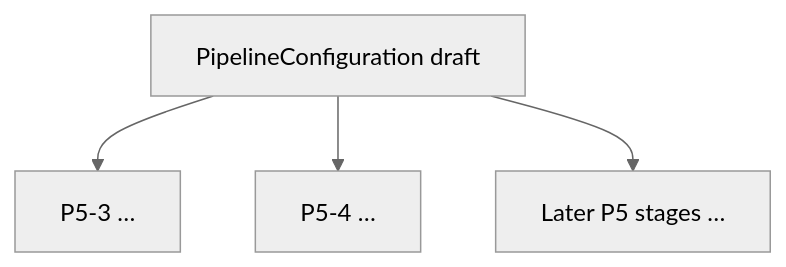
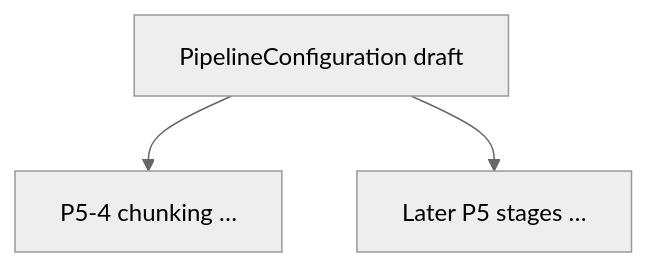
One commit to anulsasidharan/Unified-RAG-Studio changed the fourth of 4 diagrams in docs/internal/PROJECT_SYSTEM_DESIGN_EVOLUTION_Phase5.md. Above: the diagram before and after it, drawn with Mermaid (neutral theme). The commit also changed other lines of this file and 9 other files, not shown here.

````diff
--- a/docs/internal/PROJECT_SYSTEM_DESIGN_EVOLUTION_Phase5.md
+++ b/docs/internal/PROJECT_SYSTEM_DESIGN_EVOLUTION_Phase5.md
@@ -49,7 +64,6 @@
 ```mermaid
 flowchart TB
   Draft[PipelineConfiguration draft]
-  Draft --> Ingestion[P5-3 …]
-  Draft --> Chunk[P5-4 …]
+  Draft --> Chunk[P5-4 chunking …]
   Draft --> Later[Later P5 stages …]
 ```
````
